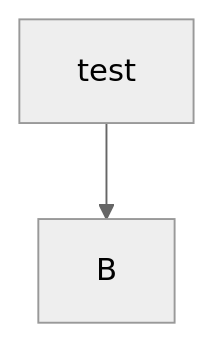
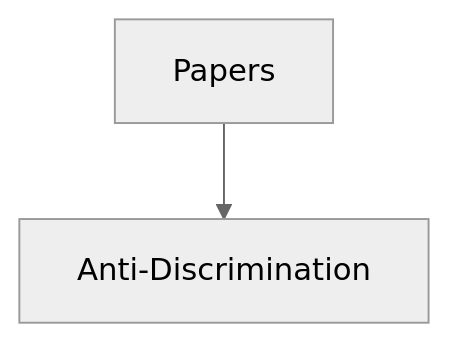
One commit to uva-responsibleai/fall-24 changed the diagram in fairness/feb-21.md. Above: the diagram before and after it, drawn with Mermaid (neutral theme).

Commit message:
fix to graph

````diff
--- a/fairness/feb-21.md
+++ b/fairness/feb-21.md
@@ -5,4 +5,4 @@
 ```mermaid
 flowchart TD;
-    A[test]-->B;
+    A[Papers] -->B[Anti-Discrimination];
 ```
````
